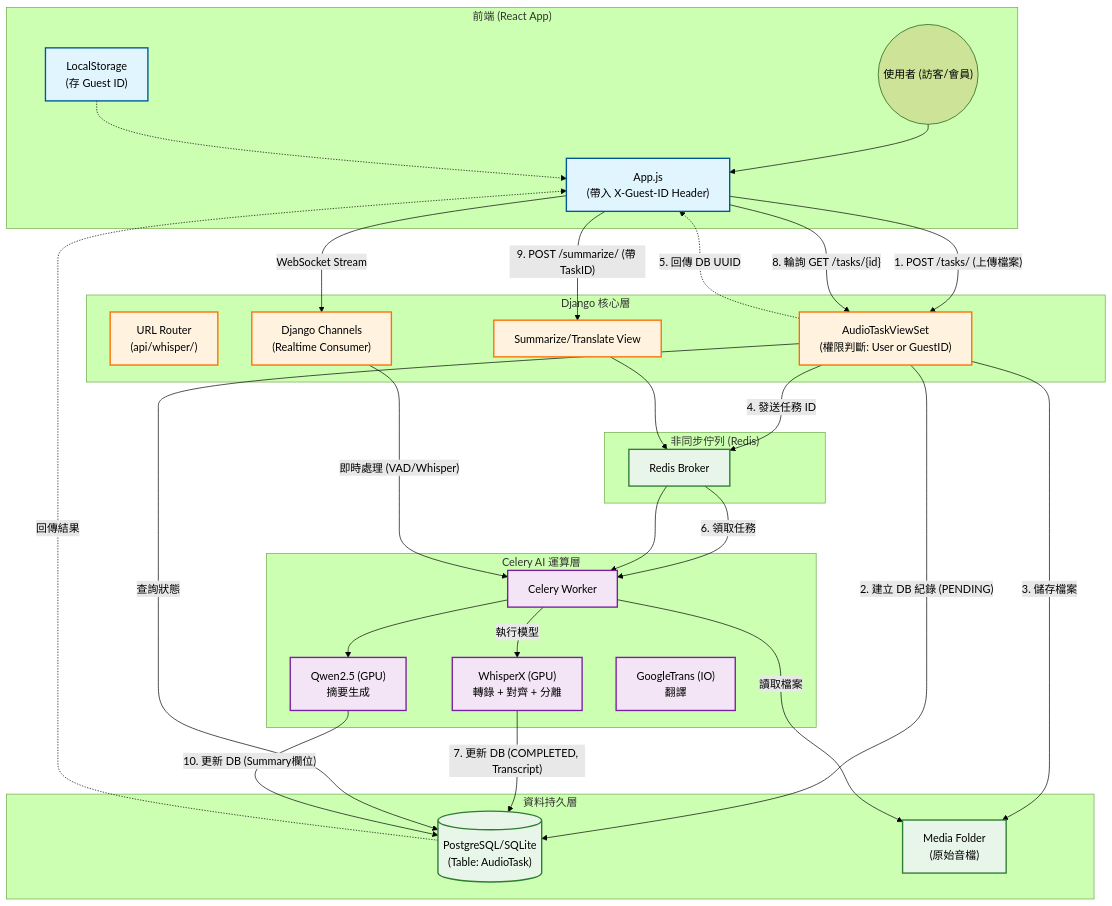
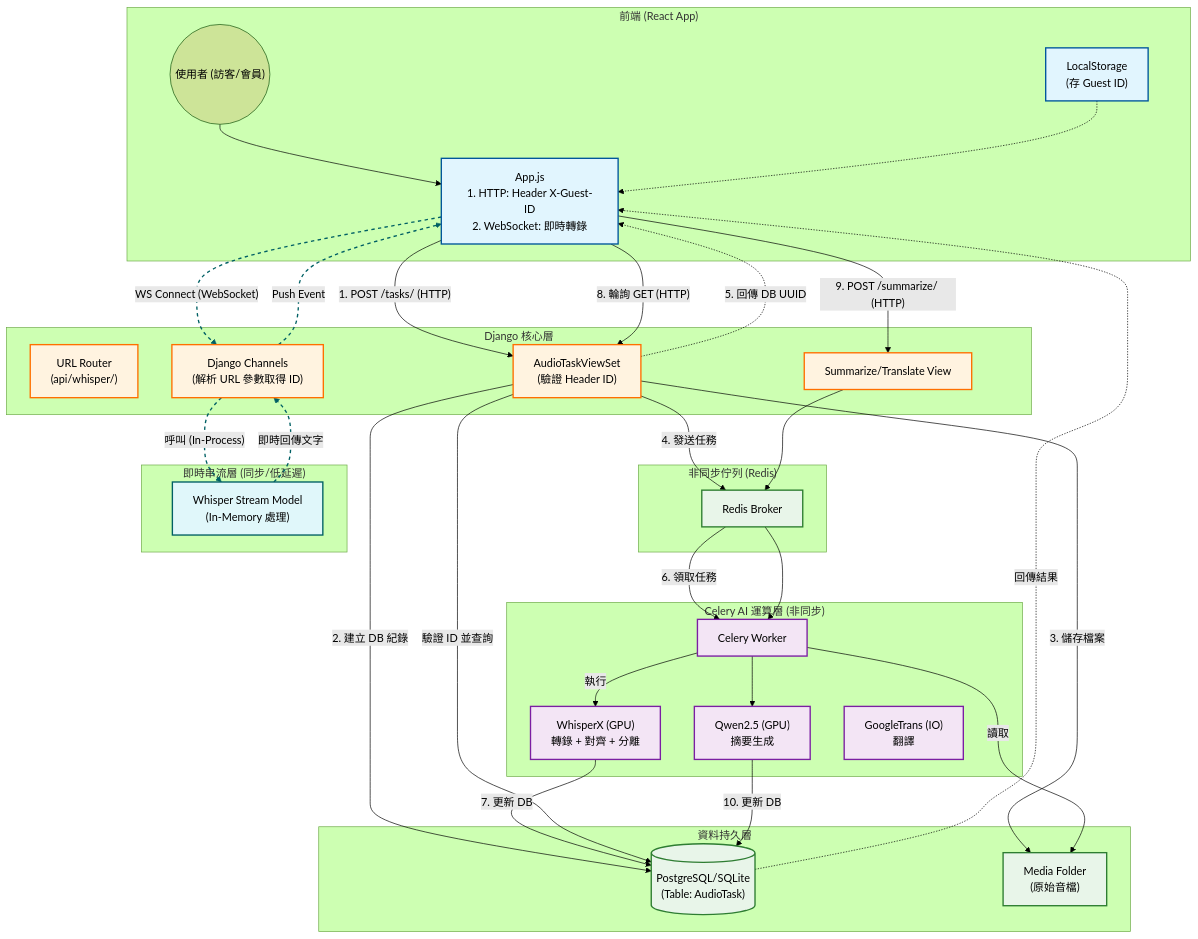
The first of 2 diagrams in 流程圖.md (vulcan1202/114-1a), drawn with Mermaid (forest theme) before and after one commit.

````diff
--- a/流程圖.md
+++ b/流程圖.md
@@ -5,32 +5,39 @@
     classDef server fill:#fff3e0,stroke:#ff6f00,stroke-width:2px;
     classDef ai fill:#f3e5f5,stroke:#7b1fa2,stroke-width:2px;
     classDef data fill:#e8f5e9,stroke:#2e7d32,stroke-width:2px;
+    classDef stream fill:#e0f7fa,stroke:#006064,stroke-width:2px; 
 
     subgraph Client_Side ["前端 (React App)"]
         User(("使用者 (訪客/會員)"))
         BrowserStorage["LocalStorage<br/>(存 Guest ID)"]:::client
-        App["App.js<br/>(帶入 X-Guest-ID Header)"]:::client
+        %% 修正點：修正拼字 Webstock -> WebSocket
+        App["App.js<br/>1. HTTP: Header X-Guest-ID<br/>2. WebSocket: 即時轉錄"]:::client
     end
 
     subgraph Backend_Server ["Django 核心層"]
         Router["URL Router<br/>(api/whisper/)"]:::server
-        ViewSet["AudioTaskViewSet<br/>(權限判斷: User or GuestID)"]:::server
+        ViewSet["AudioTaskViewSet<br/>(驗證 Header ID)"]:::server
         APIView["Summarize/Translate View"]:::server
-        Channels["Django Channels<br/>(Realtime Consumer)"]:::server
+        Channels["Django Channels<br/>(解析 URL 參數取得 ID)"]:::server
     end
 
     subgraph Async_Queue ["非同步佇列 (Redis)"]
         Redis["Redis Broker"]:::data
     end
 
-    subgraph AI_Workers ["Celery AI 運算層"]
+    subgraph AI_Workers ["Celery AI 運算層 (非同步)"]
         Worker["Celery Worker"]:::ai
         WhisperX["WhisperX (GPU)<br/>轉錄 + 對齊 + 分離"]:::ai
         Qwen["Qwen2.5 (GPU)<br/>摘要生成"]:::ai
         GTrans["GoogleTrans (IO)<br/>翻譯"]:::ai
     end
 
+    subgraph Realtime_Engine ["即時串流層 (同步/低延遲)"]
+        WhisperStream["Whisper Stream Model<br/>(In-Memory 處理)"]:::stream
+    end
+
     subgraph Storage ["資料持久層"]
+        %% 強調只有非同步任務會寫入 DB
         DB[("PostgreSQL/SQLite<br/>(Table: AudioTask)")]:::data
         Media["Media Folder<br/>(原始音檔)"]:::data
     end
@@ -41,32 +48,37 @@
     User --> App
     BrowserStorage -.-> App
 
-    %% 2. 檔案上傳流程
-    App -- "1. POST /tasks/ (上傳檔案)" --> ViewSet
-    ViewSet -- "2. 建立 DB 紀錄 (PENDING)" --> DB
+    %% 2. 檔案上傳流程 (HTTP - 走 Header)
+    App -- "1. POST /tasks/ (HTTP)" --> ViewSet
+    ViewSet -- "2. 建立 DB 紀錄" --> DB
     ViewSet -- "3. 儲存檔案" --> Media
-    ViewSet -- "4. 發送任務 ID" --> Redis
+    ViewSet -- "4. 發送任務" --> Redis
     ViewSet -. "5. 回傳 DB UUID" .-> App
 
     %% 3. Celery 處理流程
     Redis -- "6. 領取任務" --> Worker
-    Worker -- "讀取檔案" --> Media
-    Worker -- "執行模型" --> WhisperX
-    WhisperX -- "7. 更新 DB (COMPLETED, Transcript)" --> DB
+    Worker -- "讀取" --> Media
+    Worker -- "執行" --> WhisperX
+    WhisperX -- "7. 更新 DB" --> DB
 
     %% 4. 前端輪詢
-    App -- "8. 輪詢 GET /tasks/{id}" --> ViewSet
-    ViewSet -- "查詢狀態" --> DB
+    App -- "8. 輪詢 GET (HTTP)" --> ViewSet
+    ViewSet -- "驗證 ID 並查詢" --> DB
     DB -. "回傳結果" .-> App
 
-    %% 5. 摘要/翻譯流程 (手動觸發)
-    App -- "9. POST /summarize/ (帶 TaskID)" --> APIView
+    %% 5. 摘要/翻譯
+    App -- "9. POST /summarize/ (HTTP)" --> APIView
     APIView --> Redis
     Redis --> Worker
     Worker --> Qwen
-    Qwen -- "10. 更新 DB (Summary欄位)" --> DB
+    Qwen -- "10. 更新 DB" --> DB
 
-    %% 6. 即時轉錄
-    App -- "WebSocket Stream" --> Channels
-    Channels -- "即時處理 (VAD/Whisper)" --> Worker
+    %% 6. 即時轉錄 (WebSocket)
+    App -- "WS Connect (WebSocket)" --> Channels
+    Channels -- "呼叫 (In-Process)" --> WhisperStream
+    WhisperStream -- "即時回傳文字" --> Channels
+    Channels -- "Push Event" --> App
+    
+    %% 特別註記：即時轉錄目前不存 DB (虛線表示)
+    linkStyle 19,20,21,22 stroke-width:2px,fill:none,stroke:#006064,stroke-dasharray: 5 5;
 ```
````
